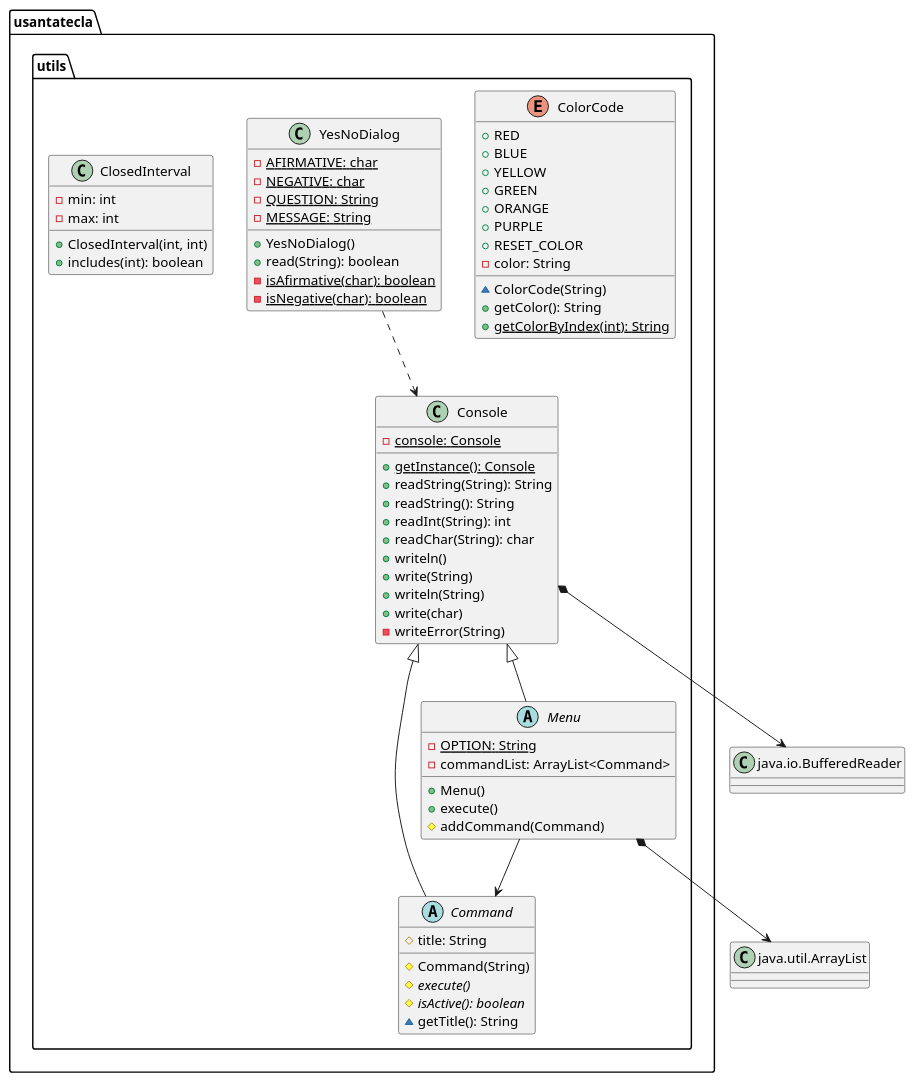
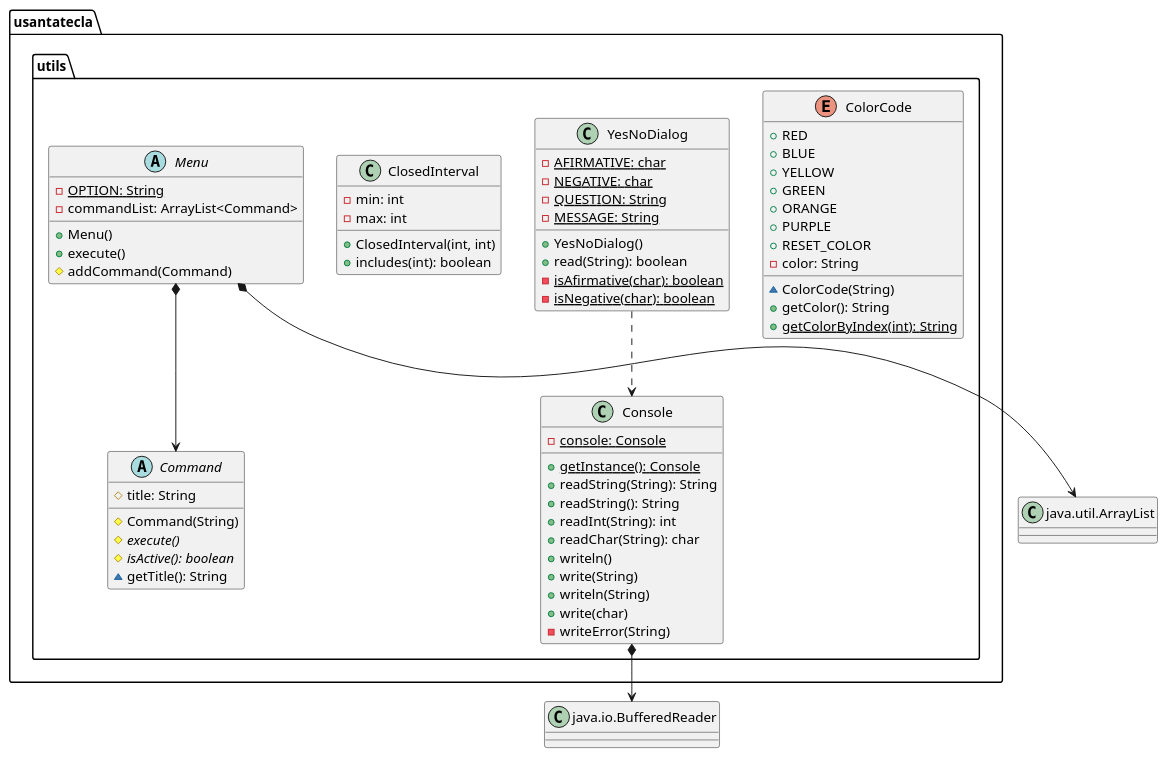
One commit to SantaTecla-mastermind/solution.java.swing.socket.sql changed the sixth of 6 diagrams in modelViewPresenter/presentationModel/withComposite/docs/diagrams/src/paquetes.plantuml. Above: the diagram before and after it, drawn with PlantUML. The commit also changed other lines of this file and 30 other files, not shown here.

Commit message:
[mvp.pm.withComposite] Fixed some code + fixed all diagrams + README

```diff
--- a/modelViewPresenter/presentationModel/withComposite/docs/diagrams/src/paquetes.plantuml
+++ b/modelViewPresenter/presentationModel/withComposite/docs/diagrams/src/paquetes.plantuml
@@ -523,71 +460,70 @@
 @startuml usantatecla.utils
 class BufferedReader as "java.io.BufferedReader"{}
 class ArrayList as "java.util.ArrayList"{}
+
 enum usantatecla.utils.ColorCode{
-+ RED
-+ BLUE
-+ YELLOW
-+ GREEN
-+ ORANGE
-+ PURPLE
-+ RESET_COLOR
-- color: String
-~ ColorCode(String)
-+ getColor(): String
-+ {static} getColorByIndex(int): String
+    + RED
+    + BLUE
+    + YELLOW
+    + GREEN
+    + ORANGE
+    + PURPLE
+    + RESET_COLOR
+    - color: String
+    ~ ColorCode(String)
+    + getColor(): String
+    + {static} getColorByIndex(int): String
 }
 
 class usantatecla.utils.Console{
-- {static} console: Console
-+ {static} getInstance(): Console
-+ readString(String): String
-+ readString(): String
-+ readInt(String): int
-+ readChar(String): char
-+ writeln()
-+ write(String)
-+ writeln(String)
-+ write(char)
-- writeError(String)
+    - {static} console: Console
+    + {static} getInstance(): Console
+    + readString(String): String
+    + readString(): String
+    + readInt(String): int
+    + readChar(String): char
+    + writeln()
+    + write(String)
+    + writeln(String)
+    + write(char)
+    - writeError(String)
 }
 usantatecla.utils.Console *-down-> BufferedReader
 
 class  usantatecla.utils.YesNoDialog{
-- {static} AFIRMATIVE: char
-- {static} NEGATIVE: char
-- {static} QUESTION: String
-- {static} MESSAGE: String
-+ YesNoDialog()
-+ read(String): boolean
-- {static} isAfirmative(char): boolean
-- {static} isNegative(char): boolean
+    - {static} AFIRMATIVE: char
+    - {static} NEGATIVE: char
+    - {static} QUESTION: String
+    - {static} MESSAGE: String
+    + YesNoDialog()
+    + read(String): boolean
+    - {static} isAfirmative(char): boolean
+    - {static} isNegative(char): boolean
 }
 usantatecla.utils.YesNoDialog ..> usantatecla.utils.Console
 
 class  usantatecla.utils.ClosedInterval{
-- min: int
-- max: int
-+ ClosedInterval(int, int)
-+ includes(int): boolean
+    - min: int
+    - max: int
+    + ClosedInterval(int, int)
+    + includes(int): boolean
 }
 
 abstract  usantatecla.utils.Command{
-# title: String
-# Command(String)
-# {abstract} execute()
-# {abstract} isActive(): boolean
-~ getTitle(): String
+    # title: String
+    # Command(String)
+    # {abstract} execute()
+    # {abstract} isActive(): boolean
+    ~ getTitle(): String
 }
-usantatecla.utils.Console <|-down- usantatecla.utils.Command
 
 abstract  usantatecla.utils.Menu{
-- {static} OPTION: String
-- commandList: ArrayList<Command>
-+ Menu()
-+ execute()
-# addCommand(Command)
+    - {static} OPTION: String
+    - commandList: ArrayList<Command>
+    + Menu()
+    + execute()
+    # addCommand(Command)
 }
-usantatecla.utils.Console <|-down- usantatecla.utils.Menu
 usantatecla.utils.Menu *-down-> ArrayList
-usantatecla.utils.Menu --> usantatecla.utils.Command
+usantatecla.utils.Menu *-down-> usantatecla.utils.Command
 @enduml
```
